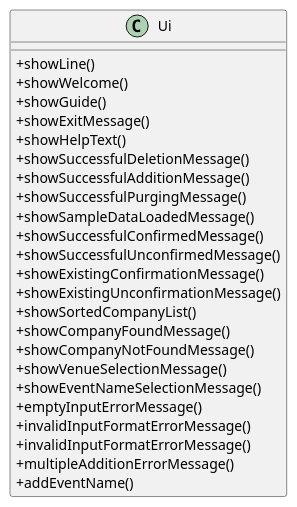
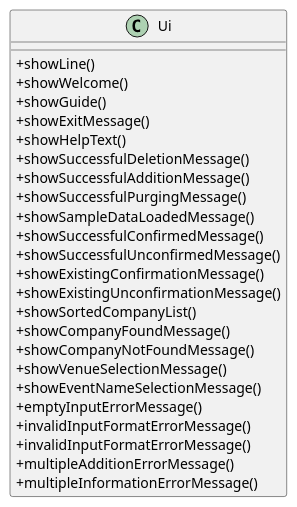
The diagram in docs/UML/Ui_class.puml (nus-cs2113-AY2223S2/tp), drawn with PlantUML before and after one commit. The commit also changed 1 other file, not shown here.

```diff
--- a/docs/UML/Ui_class.puml
+++ b/docs/UML/Ui_class.puml
@@ -1,34 +1,34 @@
 @startuml
 'https://plantuml.com/class-diagram
 
 skinparam classAttributeIconSize 0
 
 
 class Ui {
 +showLine()
 +showWelcome()
 +showGuide()
 +showExitMessage()
 +showHelpText()
 +showSuccessfulDeletionMessage()
 +showSuccessfulAdditionMessage()
 +showSuccessfulPurgingMessage()
 +showSampleDataLoadedMessage()
 +showSuccessfulConfirmedMessage()
 +showSuccessfulUnconfirmedMessage()
 +showExistingConfirmationMessage()
 +showExistingUnconfirmationMessage()
 +showSortedCompanyList()
 +showCompanyFoundMessage()
 +showCompanyNotFoundMessage()
 +showVenueSelectionMessage()
 +showEventNameSelectionMessage()
 +emptyInputErrorMessage()
 +invalidInputFormatErrorMessage()
 +invalidInputFormatErrorMessage()
 +multipleAdditionErrorMessage()
-+addEventName()
++multipleInformationErrorMessage()
 }
 
 
 @enduml
```
